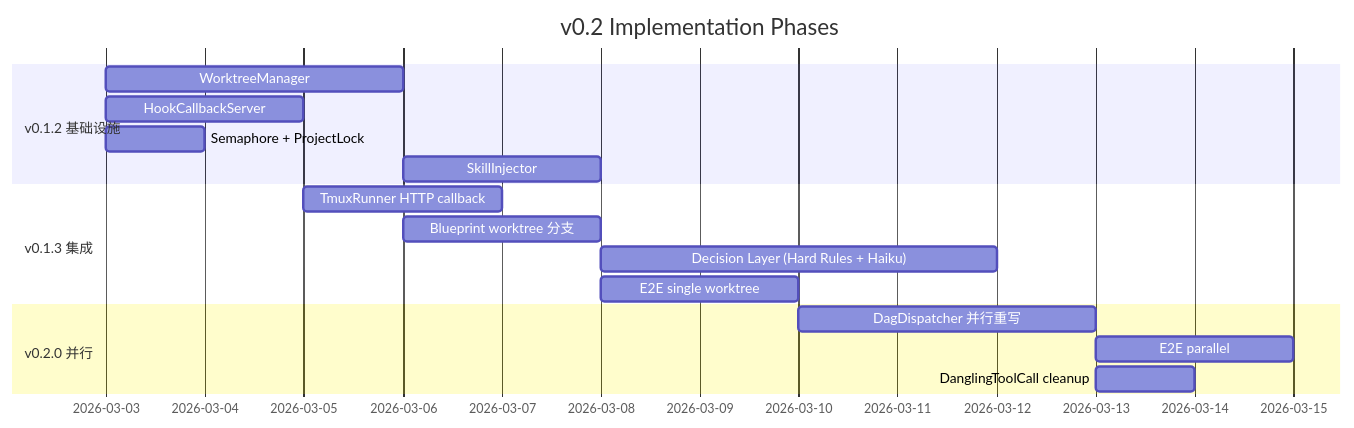
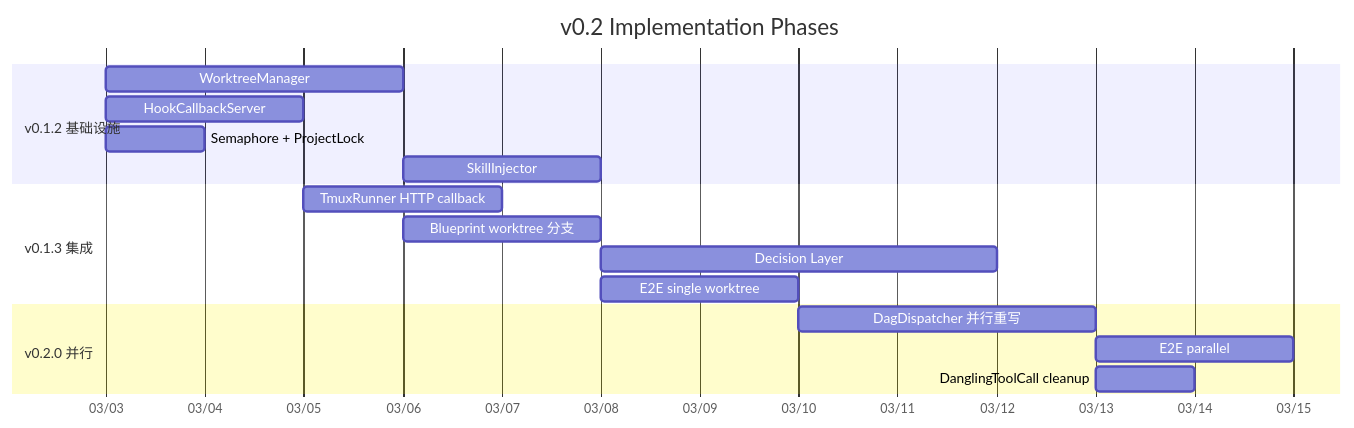
One commit to xrliAnnie/flywheel-qa-sandbox changed the fifth of 6 diagrams in doc/architecture/v0.2-architecture.md. Above: the diagram before and after it, drawn with Mermaid. The commit also changed other lines of this file, not shown here.

First line of the commit message:
docs: rewrite v0.2 architecture — comprehensive self-contained document

````diff
--- a/doc/architecture/v0.2-architecture.md
+++ b/doc/architecture/v0.2-architecture.md
@@ -303,19 +1351,23 @@
 ```mermaid
 gantt
     title v0.2 Implementation Phases
     dateFormat  YYYY-MM-DD
+    axisFormat  %m/%d
+
     section v0.1.2 基础设施
         WorktreeManager          :w1, 2026-03-03, 3d
         HookCallbackServer       :w2, 2026-03-03, 2d
         Semaphore + ProjectLock  :w3, 2026-03-03, 1d
         SkillInjector            :w4, after w1, 2d
+
     section v0.1.3 集成
         TmuxRunner HTTP callback :w5, after w2, 2d
         Blueprint worktree 分支  :w6, after w1, 2d
-        Decision Layer (Hard Rules + Haiku) :w7, after w6, 4d
+        Decision Layer           :w7, after w6, 4d
         E2E single worktree     :w8, after w5 w6, 2d
+
     section v0.2.0 并行
         DagDispatcher 并行重写   :w9, after w8 w3, 3d
         E2E parallel            :w10, after w9, 2d
         DanglingToolCall cleanup :w11, after w9, 1d
 ```
````
